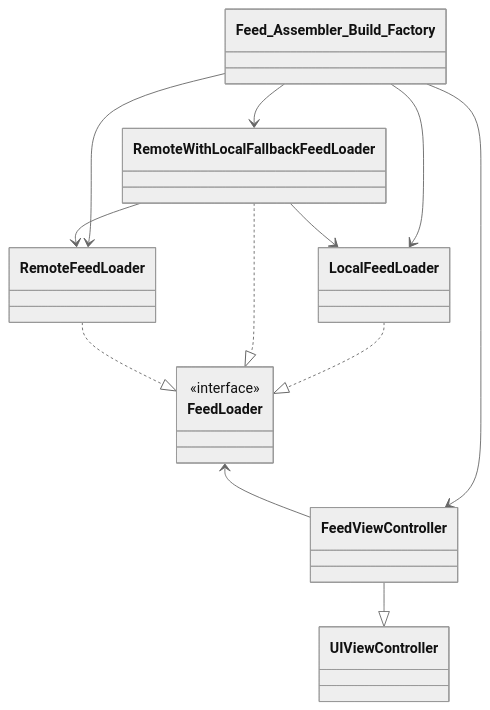
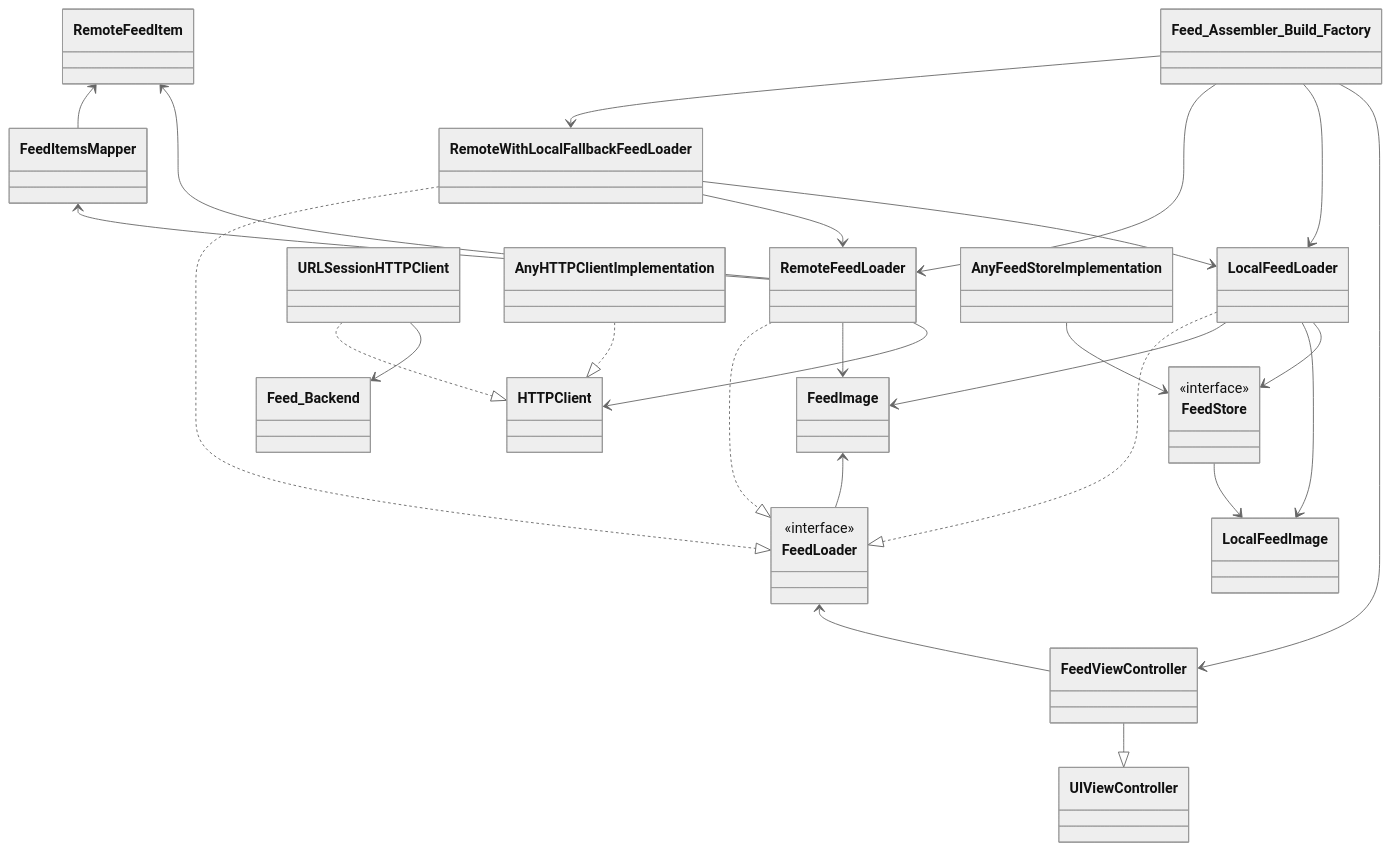
Before and after one commit to bpoplauschi/EssentialFeed: the second of 2 diagrams in README.md, drawn with Mermaid (neutral theme). The commit also changed other lines of this file and 11 other files, not shown here.

````diff
--- a/README.md
+++ b/README.md
@@ -103,19 +107,32 @@
 ```mermaid
 classDiagram
 
-class FeedLoader {
-  <<interface>>
-}
+class FeedLoader { <<interface>> }
+class FeedStore { <<interface>> }
 
+FeedImage <-- FeedLoader
 RemoteFeedLoader ..|> FeedLoader
+RemoteFeedLoader --> FeedImage
+FeedItemsMapper <-- RemoteFeedLoader
+RemoteFeedItem <-- FeedItemsMapper
+RemoteFeedItem <-- RemoteFeedLoader
+RemoteFeedLoader --> HTTPClient
+URLSessionHTTPClient ..|> HTTPClient
+AnyHTTPClientImplementation ..|> HTTPClient
+URLSessionHTTPClient --> Feed_Backend
 RemoteWithLocalFallbackFeedLoader ..|> FeedLoader
 RemoteWithLocalFallbackFeedLoader --> RemoteFeedLoader
 RemoteWithLocalFallbackFeedLoader --> LocalFeedLoader
 LocalFeedLoader ..|> FeedLoader
+LocalFeedLoader --> FeedImage
+LocalFeedLoader --> LocalFeedImage
+LocalFeedLoader --> FeedStore
+FeedStore --> LocalFeedImage
+AnyFeedStoreImplementation --> FeedStore
 FeedLoader <-- FeedViewController
 FeedViewController --|> UIViewController
 Feed_Assembler_Build_Factory --> RemoteWithLocalFallbackFeedLoader
 Feed_Assembler_Build_Factory --> RemoteFeedLoader
 Feed_Assembler_Build_Factory --> LocalFeedLoader
 Feed_Assembler_Build_Factory --> FeedViewController
 ```
````
